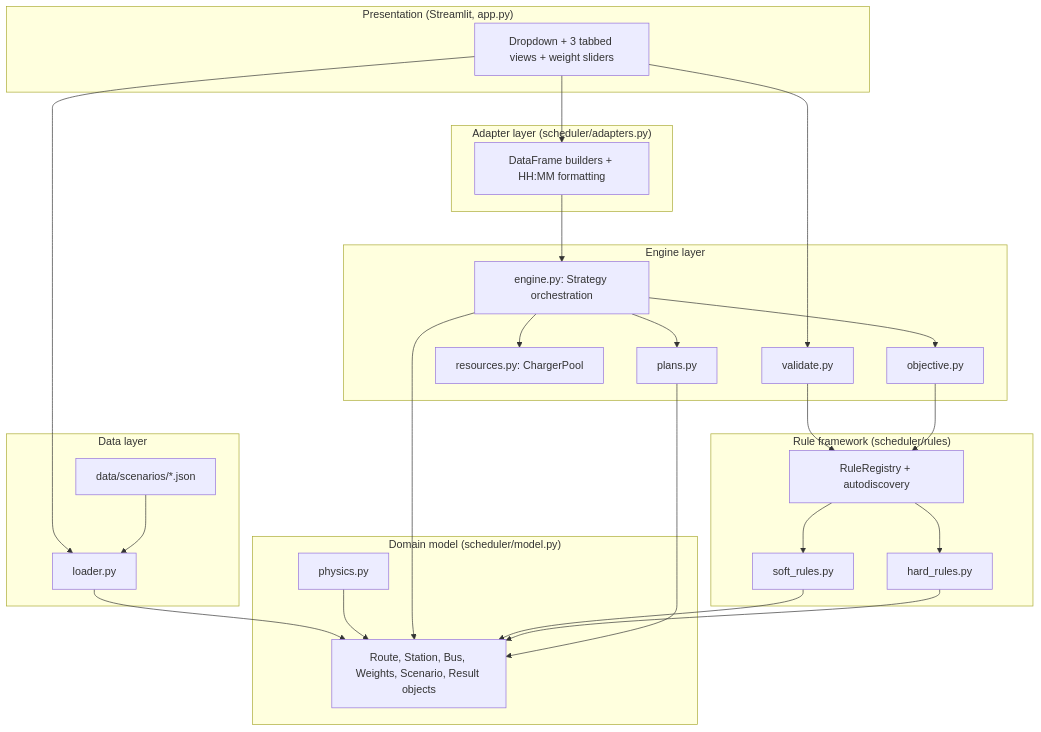
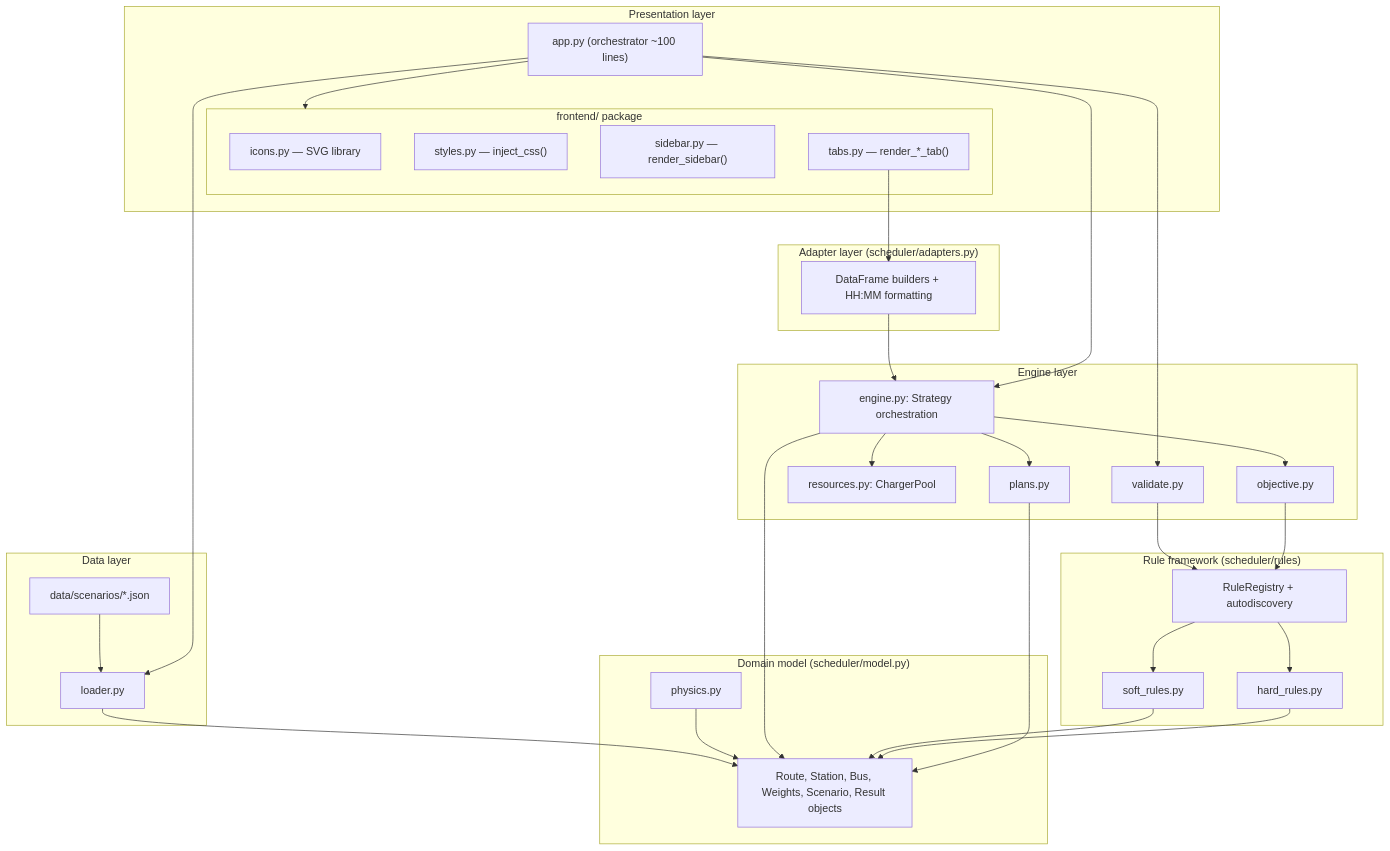
The diagram in docs/01-architecture/diagrams/system-architecture.md (RhythmItaliya/Bus-charging-scheduler), drawn with Mermaid before and after one commit. The commit also changed other lines of this file and 5 other files, not shown here.

Commit message:
update docs to reflect frontend package split and svg icon approach

````diff
--- a/docs/01-architecture/diagrams/system-architecture.md
+++ b/docs/01-architecture/diagrams/system-architecture.md
@@ -3,40 +3,51 @@
 ```mermaid
 flowchart TD
-    subgraph Presentation["Presentation (Streamlit, app.py)"]
-        UI[Dropdown + 3 tabbed views + weight sliders]
+    subgraph Presentation["Presentation layer"]
+        APP["app.py (orchestrator ~100 lines)"]
+        subgraph Frontend["frontend/ package"]
+            ICO["icons.py — SVG library"]
+            STY["styles.py — inject_css()"]
+            SID["sidebar.py — render_sidebar()"]
+            TAB["tabs.py — render_*_tab()"]
+        end
     end
     subgraph Adapters["Adapter layer (scheduler/adapters.py)"]
         AD[DataFrame builders + HH:MM formatting]
     end
     subgraph Engine["Engine layer"]
         ENG[engine.py: Strategy orchestration]
         PLN[plans.py]
         RES[resources.py: ChargerPool]
         OBJ[objective.py]
         VAL[validate.py]
     end
     subgraph Rules["Rule framework (scheduler/rules)"]
         REG[RuleRegistry + autodiscovery]
         HARD[hard_rules.py]
         SOFT[soft_rules.py]
     end
     subgraph Domain["Domain model (scheduler/model.py)"]
         MOD[Route, Station, Bus, Weights, Scenario, Result objects]
         PHY[physics.py]
     end
     subgraph Data["Data layer"]
         FILES[data/scenarios/*.json]
         LOAD[loader.py]
     end
-    UI --> AD --> ENG
+
+    APP --> Frontend
+    APP --> ENG
+    APP --> VAL
+    APP --> LOAD
+    TAB --> AD
+    AD --> ENG
     ENG --> PLN --> MOD
     ENG --> RES
     ENG --> OBJ --> REG
     REG --> HARD --> MOD
     REG --> SOFT --> MOD
     ENG --> MOD
     PHY --> MOD
-    UI --> VAL --> REG
+    VAL --> REG
     FILES --> LOAD --> MOD
-    UI --> LOAD
 ```
````
